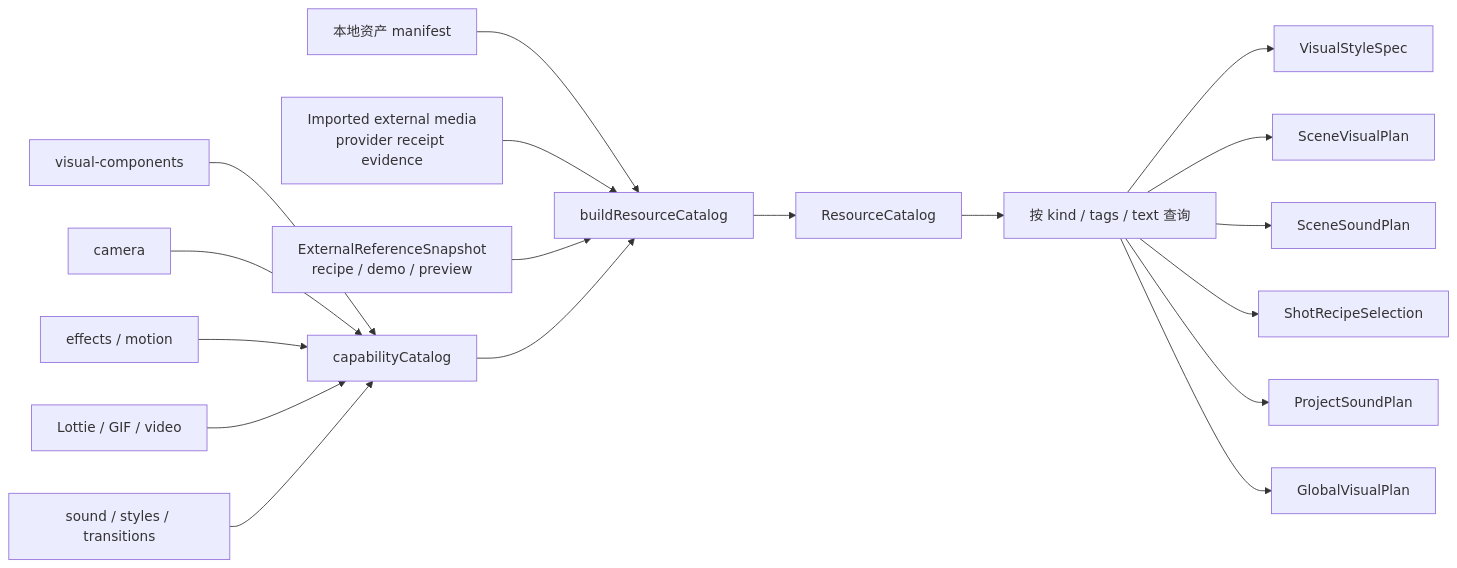
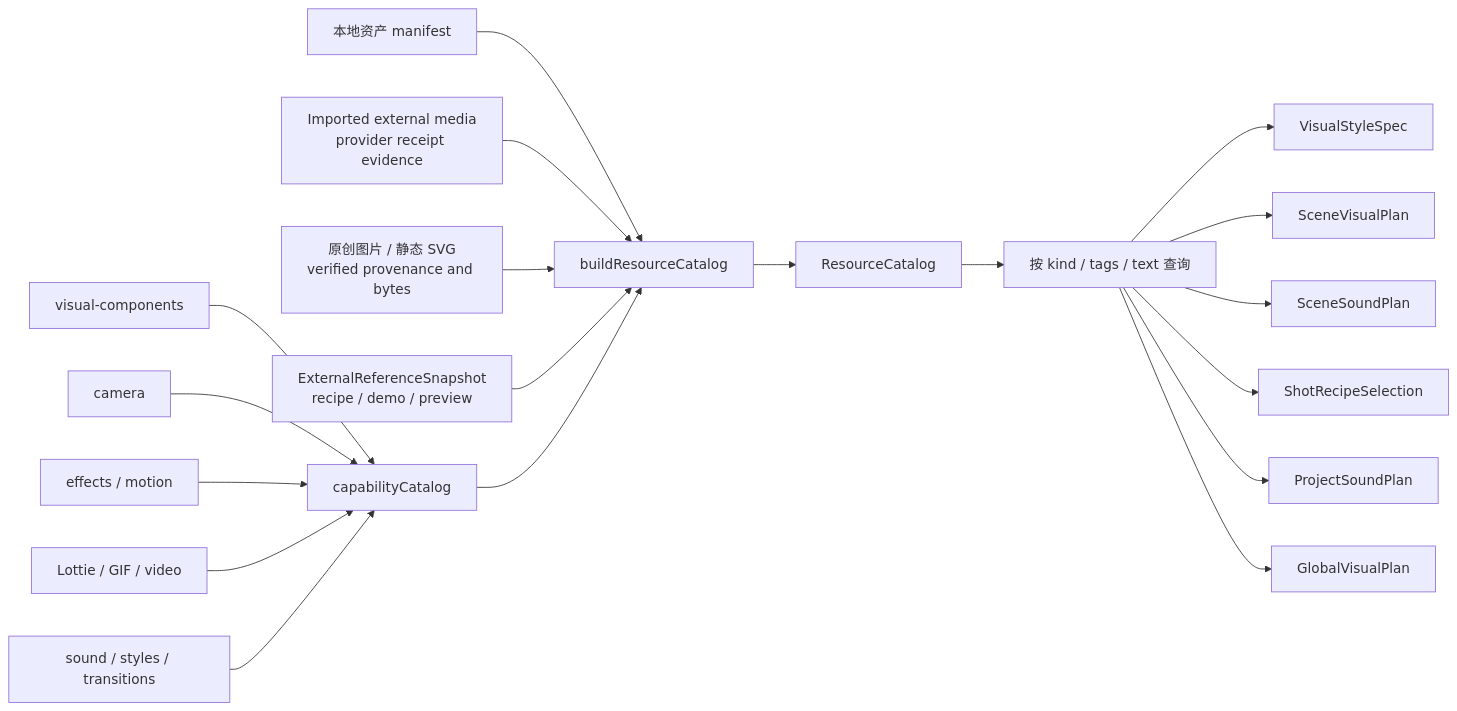
One commit to AXMORF/axmorf-studio changed the diagram in docs/guides/CAPABILITY_CATALOG.md. Above: the diagram before and after it, drawn with Mermaid. The commit also changed other lines of this file and 113 other files, not shown here.

````diff
--- a/docs/guides/CAPABILITY_CATALOG.md
+++ b/docs/guides/CAPABILITY_CATALOG.md
@@ -16,20 +16,21 @@
 ```mermaid
 flowchart LR
     Assets["本地资产 manifest"] --> Build["buildResourceCatalog"]
     ExternalMedia["Imported external media<br/>provider receipt evidence"] --> Build
+    Artwork["原创图片 / 静态 SVG<br/>verified provenance and bytes"] --> Build
     VisualComponents["visual-components"] --> Code["capabilityCatalog"]
     Camera["camera"] --> Code
     Effects["effects / motion"] --> Code
     Media["Lottie / GIF / video"] --> Code
     Sound["sound / styles / transitions"] --> Code
     Upstream["ExternalReferenceSnapshot<br/>recipe / demo / preview"] --> Build
     Code --> Build
     Build --> Catalog["ResourceCatalog"]
     Catalog --> Query["按 kind / tags / text 查询"]
     Query --> Style["VisualStyleSpec"]
     Query --> ScenePlan["SceneVisualPlan"]
     Query --> SceneSound["SceneSoundPlan"]
     Query --> Recipe["ShotRecipeSelection"]
     Query --> ProjectSound["ProjectSoundPlan"]
     Query --> GlobalVisual["GlobalVisualPlan"]
 ```
````
